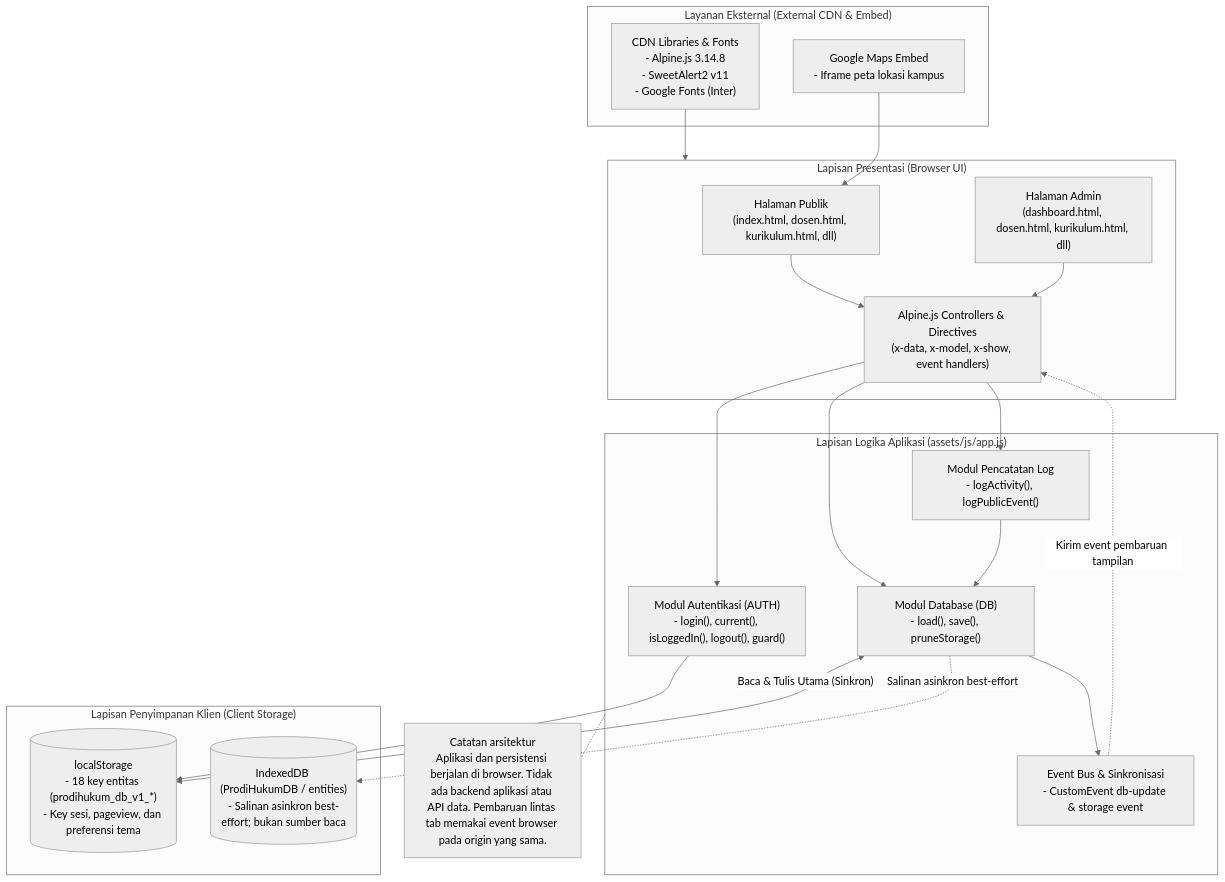
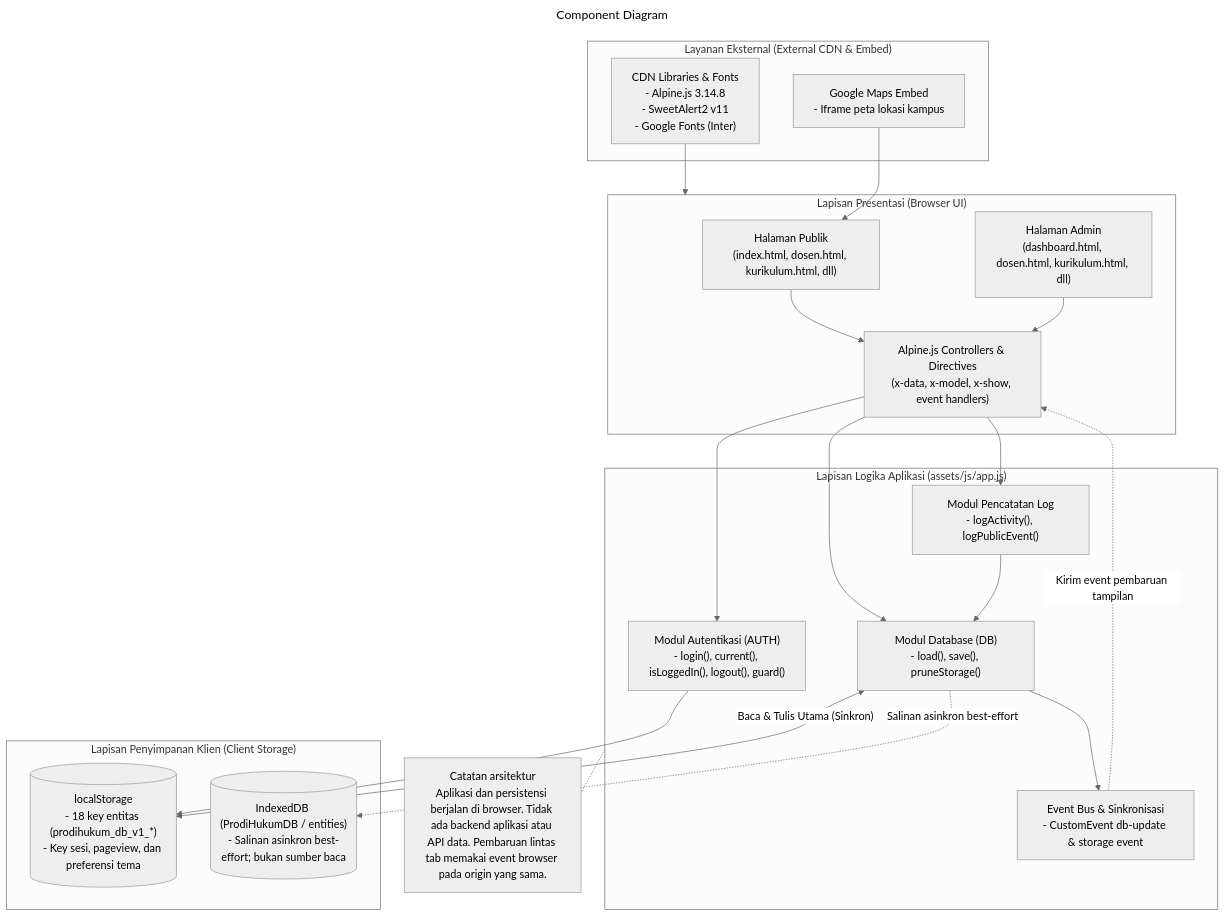
Before and after one commit to ipo-rk/Perancangan-Dan-Pengembangan-website-profil-UMP-: the diagram in assets/docs/diagrams/component-diagram.mmd, drawn with Mermaid (neutral theme). The commit also changed 67 other files, not shown here.

Commit message:
UPgrade Diagram Admin

```diff
--- a/assets/docs/diagrams/component-diagram.mmd
+++ b/assets/docs/diagrams/component-diagram.mmd
@@ -1,57 +1,60 @@
+---
+title: Component Diagram
+---
 flowchart TB
     %% ==========================================
     %% LAYER 1: PRESENTATION LAYER (BROWSER UI)
     %% ==========================================
     subgraph PRESENTATION["Lapisan Presentasi (Browser UI)"]
         PUB_UI["Halaman Publik\n(index.html, dosen.html, kurikulum.html, dll)"]
         ADMIN_UI["Halaman Admin\n(dashboard.html, dosen.html, kurikulum.html, dll)"]
         ALPINE["Alpine.js Controllers & Directives\n(x-data, x-model, x-show, event handlers)"]
     end
 
     %% ==========================================
     %% LAYER 2: APPLICATION LOGIC LAYER (app.js)
     %% ==========================================
     subgraph LOGIC["Lapisan Logika Aplikasi (assets/js/app.js)"]
         AUTH_MOD["Modul Autentikasi (AUTH)\n- login(), current(), isLoggedIn(), logout(), guard()"]
         DB_MOD["Modul Database (DB)\n- load(), save(), pruneStorage()"]
         LOG_MOD["Modul Pencatatan Log\n- logActivity(), logPublicEvent()"]
         BUS_MOD["Event Bus & Sinkronisasi\n- CustomEvent db-update & storage event"]
     end
 
     %% ==========================================
     %% LAYER 3: STORAGE LAYER (CLIENT PERSISTENCE)
     %% ==========================================
     subgraph STORAGE["Lapisan Penyimpanan Klien (Client Storage)"]
         LS[("localStorage\n- 18 key entitas (prodihukum_db_v1_*)\n- Key sesi, pageview, dan preferensi tema")]
         IDB[("IndexedDB (ProdiHukumDB / entities)\n- Salinan asinkron best-effort; bukan sumber baca")]
     end
 
     %% ==========================================
     %% LAYER 4: EXTERNAL SERVICES
     %% ==========================================
     subgraph EXTERNAL["Layanan Eksternal (External CDN & Embed)"]
         CDN["CDN Libraries & Fonts\n- Alpine.js 3.14.8\n- SweetAlert2 v11\n- Google Fonts (Inter)"]
         MAPS["Google Maps Embed\n- Iframe peta lokasi kampus"]
     end
 
     %% Hubungan Antar Komponen
     PUB_UI --> ALPINE
     ADMIN_UI --> ALPINE
     ALPINE --> AUTH_MOD
     ALPINE --> DB_MOD
     ALPINE --> LOG_MOD
 
     AUTH_MOD --> LS
     DB_MOD <-->|"Baca & Tulis Utama (Sinkron)"| LS
     DB_MOD -.->|"Salinan asinkron best-effort"| IDB
     LOG_MOD --> DB_MOD
 
     DB_MOD --> BUS_MOD
     BUS_MOD -.->|"Kirim event pembaruan tampilan"| ALPINE
 
     CDN --> PRESENTATION
     MAPS --> PUB_UI
 
     %% Catatan Arsitektur
     NOTE_COMP["Catatan arsitektur\nAplikasi dan persistensi berjalan di browser. Tidak ada backend aplikasi atau API data. Pembaruan lintas tab memakai event browser pada origin yang sama."]
     LOGIC -.- NOTE_COMP
```
